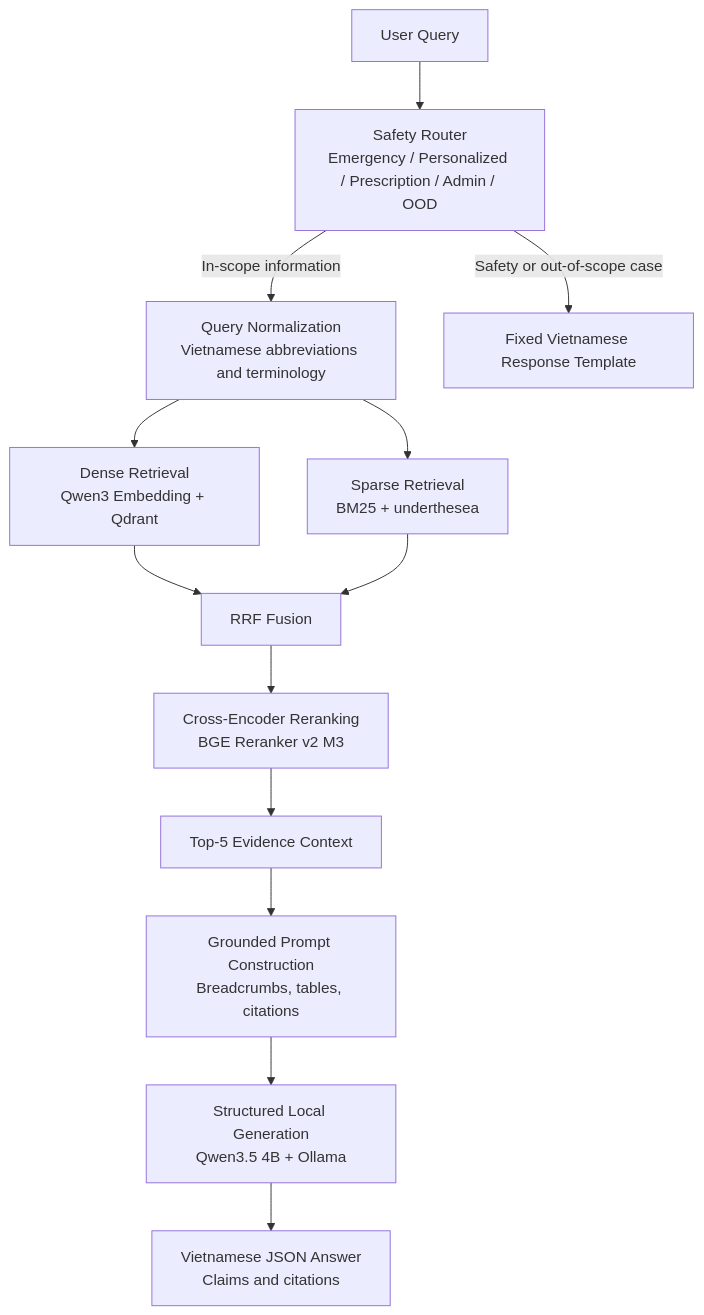
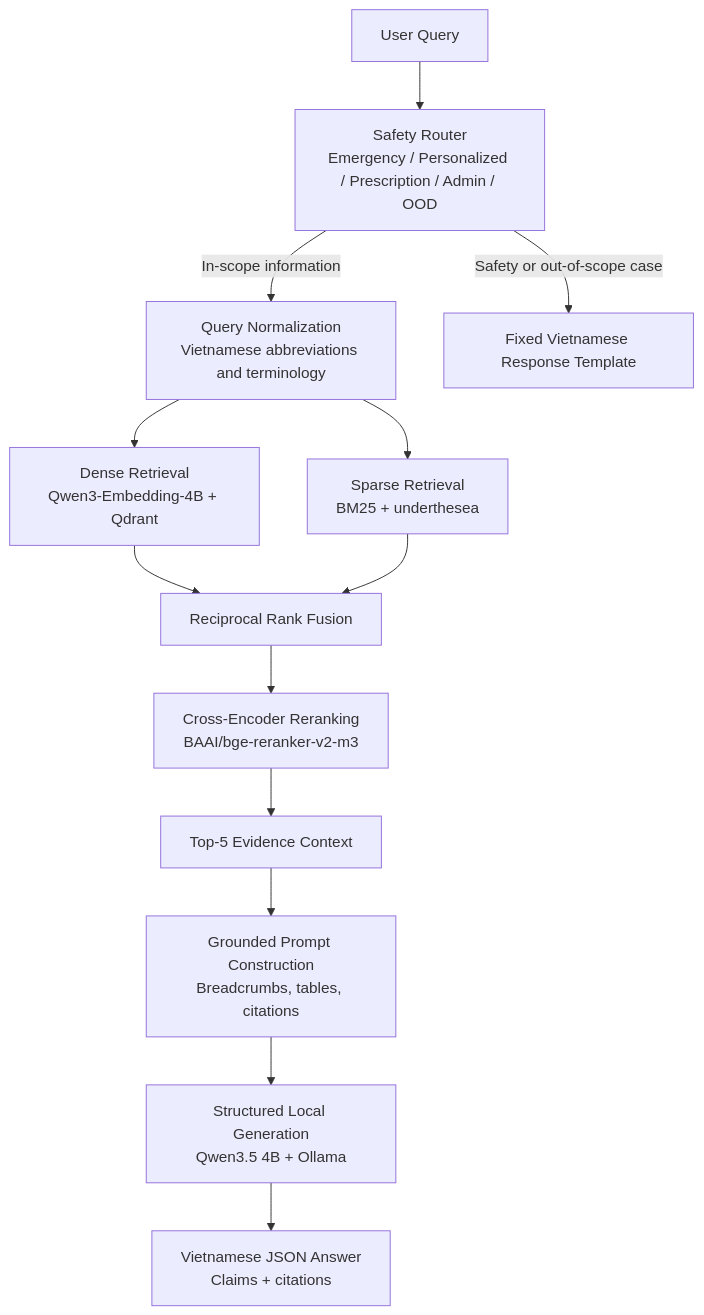
The diagram in README.md (wgnamlabs/vietnamese-maternal-health-rag), drawn with Mermaid before and after one commit. The commit also changed other lines of this file, not shown here.

````diff
--- a/README.md
+++ b/README.md
@@ -40,15 +64,21 @@
 ```mermaid
 flowchart TD
-    A[User Query] --> B[Safety Router\nEmergency / Personalized / Prescription / Admin / OOD]
-    B -->|In-scope information| C[Query Normalization\nVietnamese abbreviations and terminology]
+    A[User Query] --> B[Safety Router<br/>Emergency / Personalized / Prescription / Admin / OOD]
+
+    B -->|In-scope information| C[Query Normalization<br/>Vietnamese abbreviations and terminology]
     B -->|Safety or out-of-scope case| T[Fixed Vietnamese Response Template]
-    C --> D[Dense Retrieval\nQwen3 Embedding + Qdrant]
-    C --> E[Sparse Retrieval\nBM25 + underthesea]
-    D --> F[RRF Fusion]
+
+    C --> D[Dense Retrieval<br/>Qwen3-Embedding-4B + Qdrant]
+    C --> E[Sparse Retrieval<br/>BM25 + underthesea]
+
+    D --> F[Reciprocal Rank Fusion]
     E --> F
-    F --> G[Cross-Encoder Reranking\nBGE Reranker v2 M3]
+
+    F --> G[Cross-Encoder Reranking<br/>BAAI/bge-reranker-v2-m3]
     G --> H[Top-5 Evidence Context]
-    H --> I[Grounded Prompt Construction\nBreadcrumbs, tables, citations]
-    I --> J[Structured Local Generation\nQwen3.5 4B + Ollama]
-    J --> K[Vietnamese JSON Answer\nClaims and citations]
+
+    H --> I[Grounded Prompt Construction<br/>Breadcrumbs, tables, citations]
+    I --> J[Structured Local Generation<br/>Qwen3.5 4B + Ollama]
+
+    J --> K[Vietnamese JSON Answer<br/>Claims + citations]
 ```
````
